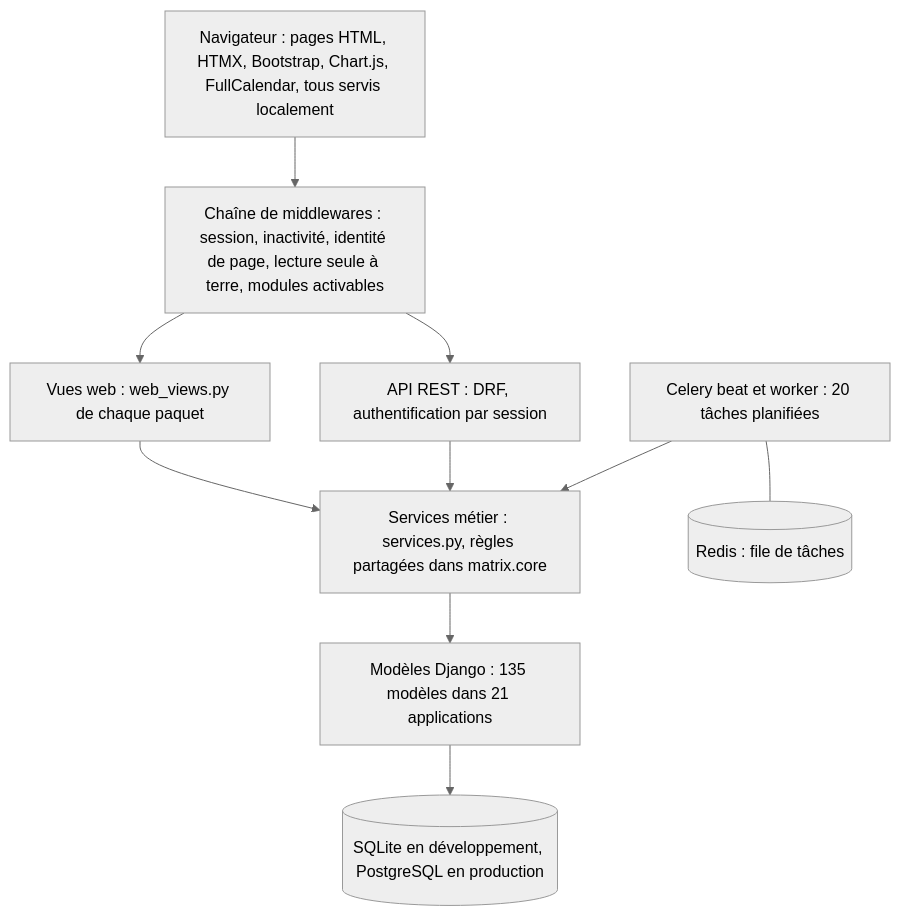
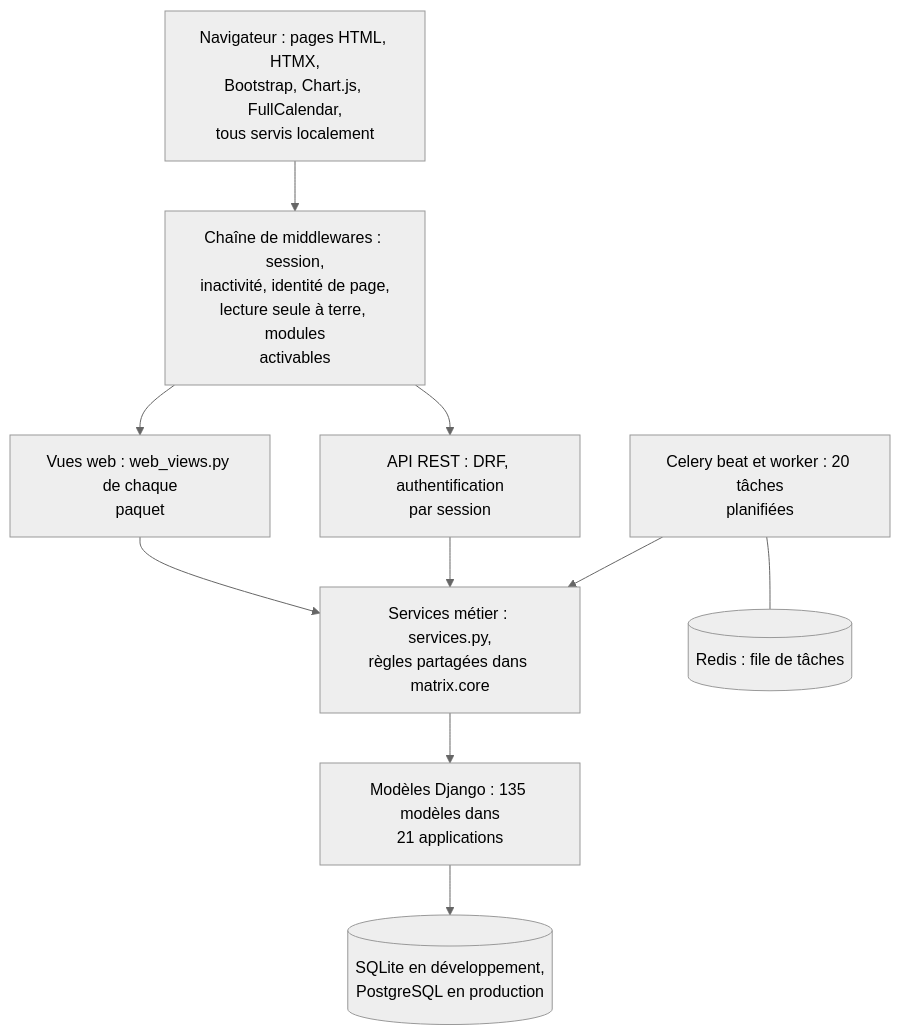
Before and after one commit to Mattrix2211/Matrix: the diagram in docs/dossier-technique/schemas/src/S08_couches.mmd, drawn with Mermaid (neutral theme). The commit also changed 54 other files, not shown here.

```diff
--- a/docs/dossier-technique/schemas/src/S08_couches.mmd
+++ b/docs/dossier-technique/schemas/src/S08_couches.mmd
@@ -1,17 +1,17 @@
 flowchart TB
-  NAV["Navigateur : pages HTML, HTMX, Bootstrap, Chart.js, FullCalendar, tous servis localement"]
-  MW["Chaîne de middlewares : session, inactivité, identité de page, lecture seule à terre, modules activables"]
-  WEB["Vues web : web_views.py de chaque paquet"]
-  API["API REST : DRF, authentification par session"]
-  SRV["Services métier : services.py, règles partagées dans matrix.core"]
-  MOD["Modèles Django : 135 modèles dans 21 applications"]
-  DB[("SQLite en développement, PostgreSQL en production")]
-  CEL["Celery beat et worker : 20 tâches planifiées"]
+  NAV["Navigateur : pages HTML, HTMX,<br/>Bootstrap, Chart.js, FullCalendar,<br/>tous servis localement"]
+  MW["Chaîne de middlewares : session,<br/>inactivité, identité de page,<br/>lecture seule à terre, modules<br/>activables"]
+  WEB["Vues web : web_views.py de chaque<br/>paquet"]
+  API["API REST : DRF, authentification<br/>par session"]
+  SRV["Services métier : services.py,<br/>règles partagées dans matrix.core"]
+  MOD["Modèles Django : 135 modèles dans<br/>21 applications"]
+  DB[("SQLite en développement,<br/>PostgreSQL en production")]
+  CEL["Celery beat et worker : 20 tâches<br/>planifiées"]
   RED[("Redis : file de tâches")]
   NAV --> MW --> WEB
   MW --> API
   WEB --> SRV
   API --> SRV
   SRV --> MOD --> DB
   CEL --> SRV
   CEL --- RED
```
